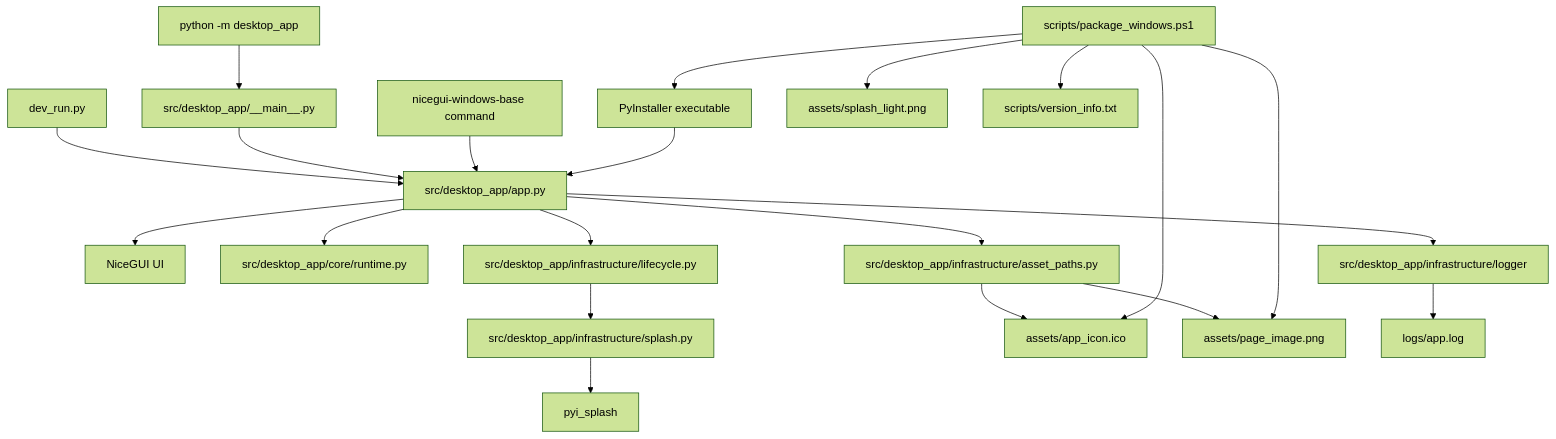
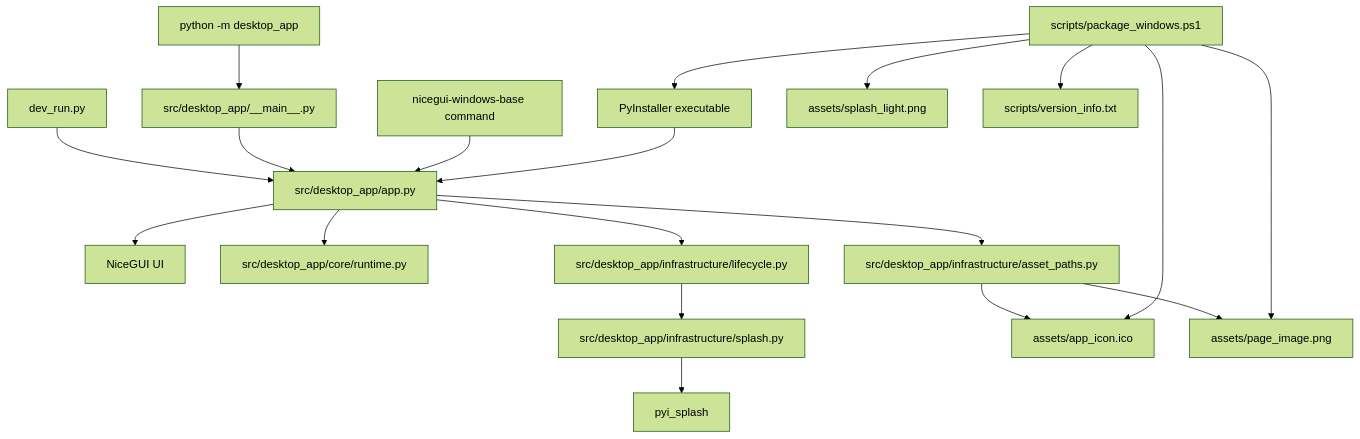
The diagram in docs/README.md (Fonze81/NiceGui-Windows-Base), drawn with Mermaid (forest theme) before and after one commit. The commit also changed other lines of this file and 3 other files, not shown here.

````diff
--- a/docs/README.md
+++ b/docs/README.md
@@ -43,26 +42,24 @@
 ```mermaid
 flowchart TD
     A[dev_run.py] --> B[src/desktop_app/app.py]
     C[python -m desktop_app] --> D[src/desktop_app/__main__.py]
     D --> B
     E[nicegui-windows-base command] --> B
     F[PyInstaller executable] --> B
 
     B --> G[NiceGUI UI]
     B --> H[src/desktop_app/core/runtime.py]
     B --> I[src/desktop_app/infrastructure/asset_paths.py]
     B --> J[src/desktop_app/infrastructure/lifecycle.py]
-    B --> R[src/desktop_app/infrastructure/logger]
     J --> K[src/desktop_app/infrastructure/splash.py]
 
     I --> L[assets/app_icon.ico]
     I --> M[assets/page_image.png]
     K --> N[pyi_splash]
-    R --> S[logs/app.log]
 
     O[scripts/package_windows.ps1] --> F
     O --> L
     O --> M
     O --> P[assets/splash_light.png]
     O --> Q[scripts/version_info.txt]
 ```
````
